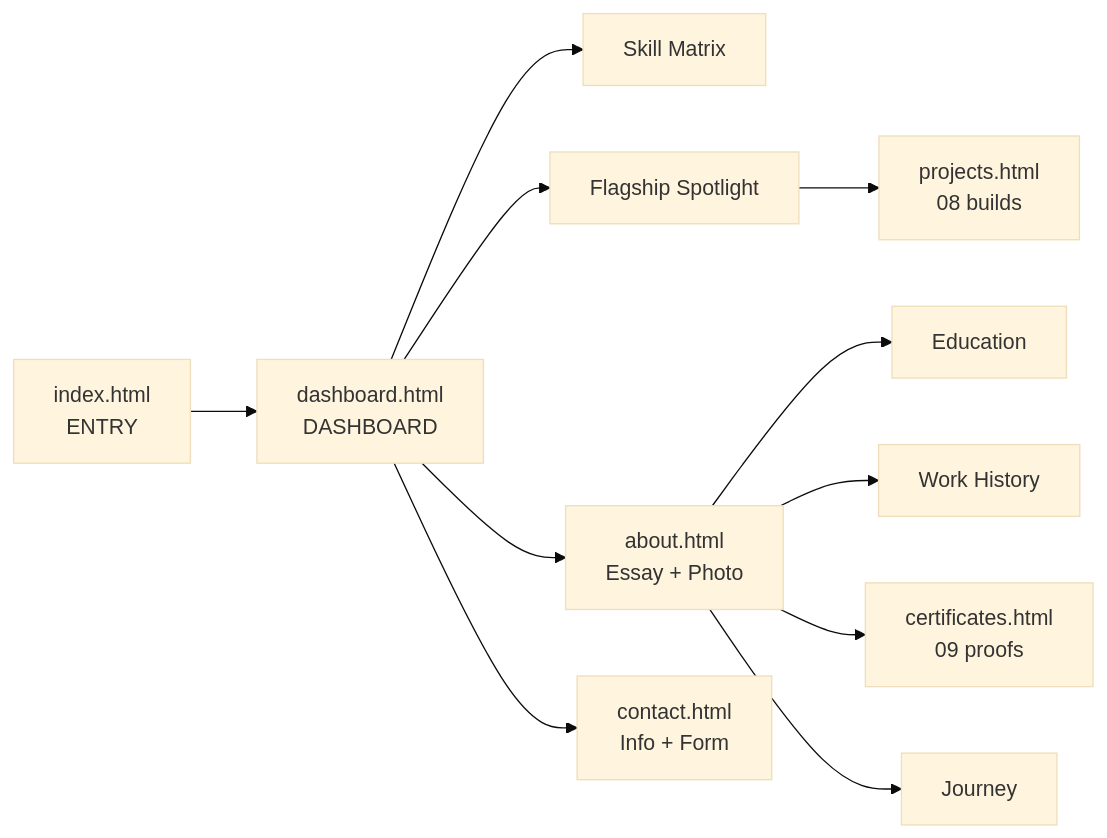
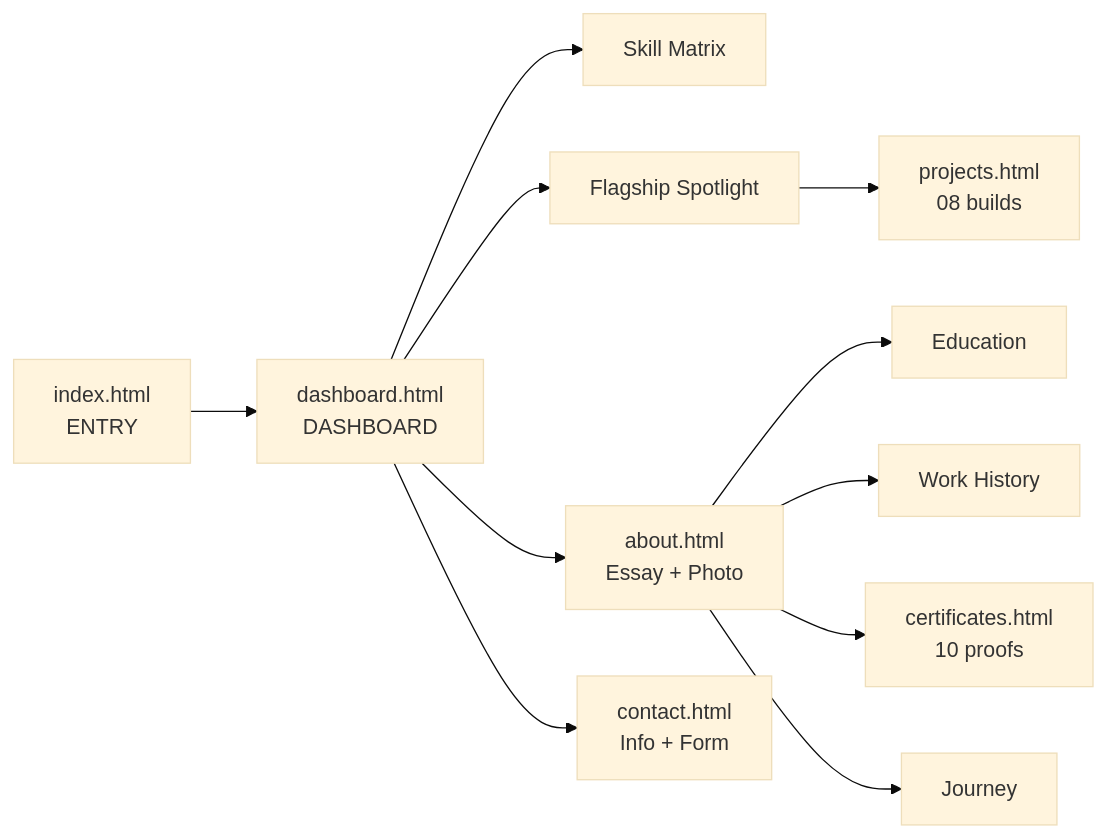
Before and after one commit to arkap1502/portfolio: the diagram in README.md, drawn with Mermaid (base theme). The commit also changed other lines of this file and 3 other files, not shown here.

````diff
--- a/README.md
+++ b/README.md
@@ -179,13 +179,13 @@
 ```mermaid
 flowchart LR
     LAND[index.html<br/>ENTRY] --> HOME[dashboard.html<br/>DASHBOARD]
     HOME --> SKILLS[Skill Matrix]
     HOME --> SPOT[Flagship Spotlight]
     SPOT --> ARCH[projects.html<br/>08 builds]
     HOME --> ABOUT[about.html<br/>Essay + Photo]
     ABOUT --> EDU[Education]
     ABOUT --> WORK[Work History]
-    ABOUT --> CERTPAGE[certificates.html<br/>09 proofs]
+    ABOUT --> CERTPAGE[certificates.html<br/>10 proofs]
     ABOUT --> JOURNEY[Journey]
     HOME --> CONTACT[contact.html<br/>Info + Form]
 ```
````
